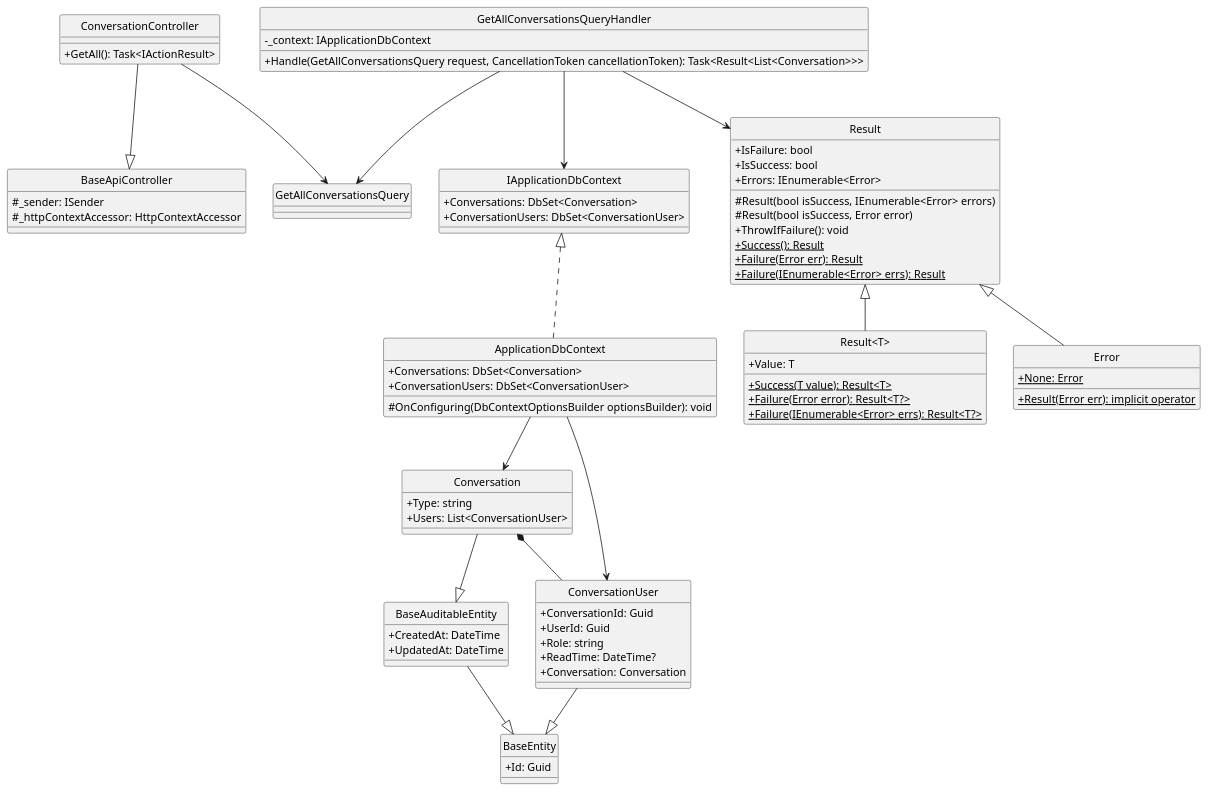
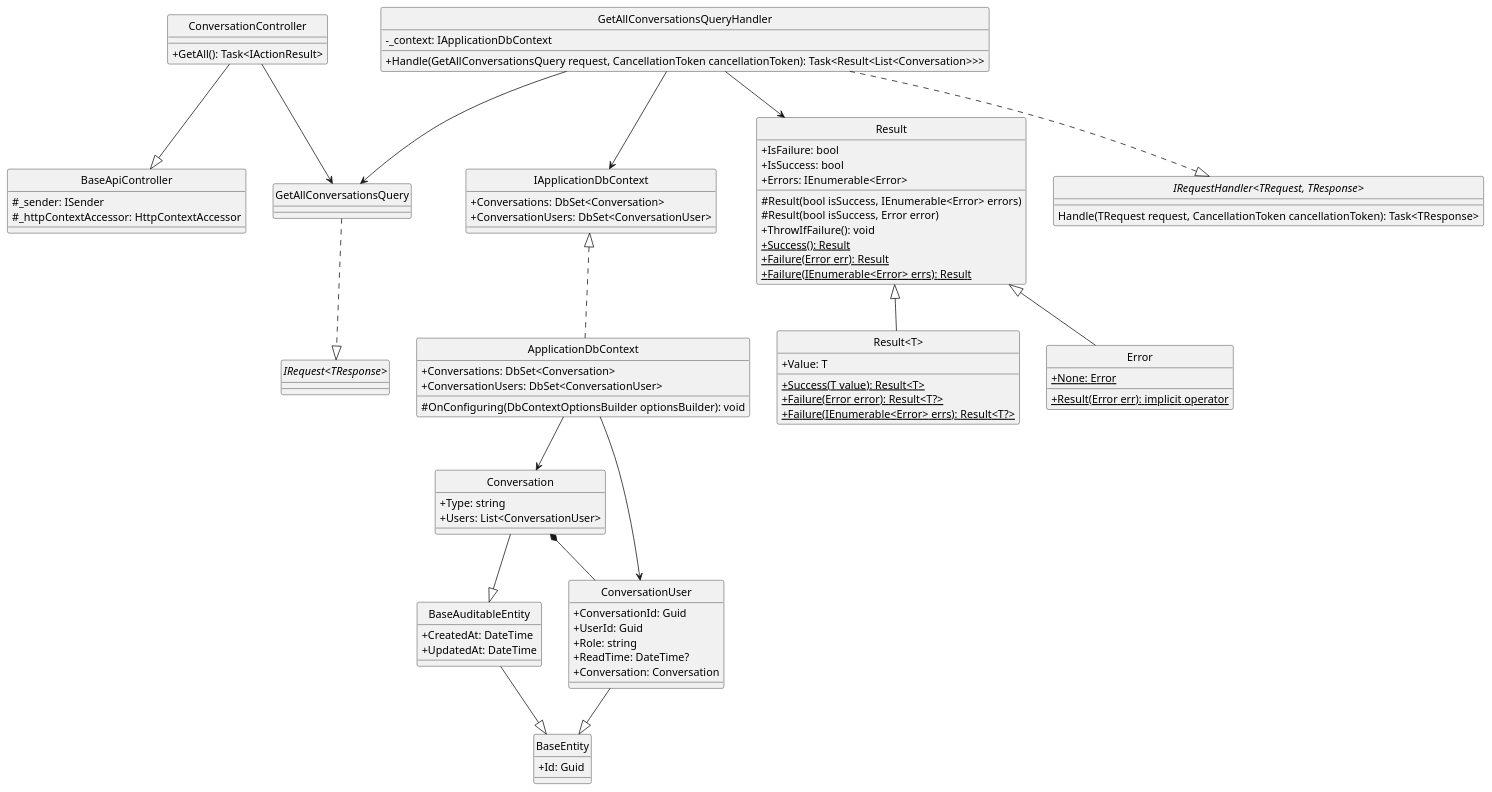
One commit to Carl-Johnsons/Chat-Application changed the diagram in docs/Class Diagram/Conversation/GetAll/ClassDiagram.plantuml. Above: the diagram before and after it, drawn with PlantUML. The commit also changed 13 other files, not shown here.

Commit message:
update conversation class diagram

```diff
--- a/docs/Class Diagram/Conversation/GetAll/ClassDiagram.plantuml
+++ b/docs/Class Diagram/Conversation/GetAll/ClassDiagram.plantuml
@@ -1,97 +1,104 @@
-@startuml 
+@startuml getAllConversation
 hide circle
 skinparam classAttributeIconSize 0
 
 class BaseApiController {
     #_sender: ISender
     #_httpContextAccessor: HttpContextAccessor 
 }
 
 class ConversationController {
     +GetAll(): Task<IActionResult>
 }
 
 class GetAllConversationsQuery {}
 
 class GetAllConversationsQueryHandler {
     -_context: IApplicationDbContext
     +Handle(GetAllConversationsQuery request, CancellationToken cancellationToken): Task<Result<List<Conversation>>>
 }
 
 class IApplicationDbContext {
     +Conversations: DbSet<Conversation>
     +ConversationUsers: DbSet<ConversationUser>
 }
 
 class ApplicationDbContext {
     +Conversations: DbSet<Conversation>
     +ConversationUsers: DbSet<ConversationUser>
     #OnConfiguring(DbContextOptionsBuilder optionsBuilder): void
 }
 
 class Result {
     +IsFailure: bool
     +IsSuccess: bool
     +Errors: IEnumerable<Error>
     #Result(bool isSuccess, IEnumerable<Error> errors)
     #Result(bool isSuccess, Error error)
     +ThrowIfFailure(): void
     +{static} Success(): Result 
     +{static} Failure(Error err): Result
     +{static} Failure(IEnumerable<Error> errs): Result
 }
 
 class "Result<T>" {
     +Value: T
     +{static} Success(T value): Result<T>
     +{static} Failure(Error error): Result<T?>
     +{static} Failure(IEnumerable<Error> errs): Result<T?>
 }
 
 class Error {
     +{static} None: Error
     +{static} Result(Error err): implicit operator
 }
 
 class BaseEntity {
     +Id: Guid
 }
 
 class BaseAuditableEntity{
     +CreatedAt: DateTime
     +UpdatedAt: DateTime
 }
 
 class Conversation {
     +Type: string
     +Users: List<ConversationUser>
 }
 
 class ConversationUser {
     +ConversationId: Guid
     +UserId: Guid
     +Role: string 
     +ReadTime: DateTime?
     +Conversation: Conversation
 }
 
+interface "IRequest<TResponse>"
+interface "IRequestHandler<TRequest, TResponse>"{
+    Handle(TRequest request, CancellationToken cancellationToken): Task<TResponse>
+}
+
 '==== Get All Conversation ====
 'API Layer
 ConversationController --|> BaseApiController
 ConversationController --> GetAllConversationsQuery
 'Application Layer
+GetAllConversationsQuery ..|> "IRequest<TResponse>"
+GetAllConversationsQueryHandler ..|> "IRequestHandler<TRequest, TResponse>"
 GetAllConversationsQueryHandler --> GetAllConversationsQuery
 GetAllConversationsQueryHandler --> Result
 GetAllConversationsQueryHandler --> IApplicationDbContext
 'Domain Layer
 Result <|-- Error
 Result <|-- "Result<T>"
 ConversationUser --|> BaseEntity
 Conversation --|> BaseAuditableEntity
 Conversation *-- ConversationUser
 BaseAuditableEntity --|>BaseEntity
 'Infrastructure Layer
 IApplicationDbContext <|.. ApplicationDbContext
 ApplicationDbContext --> ConversationUser
 ApplicationDbContext --> Conversation
 @enduml
```
